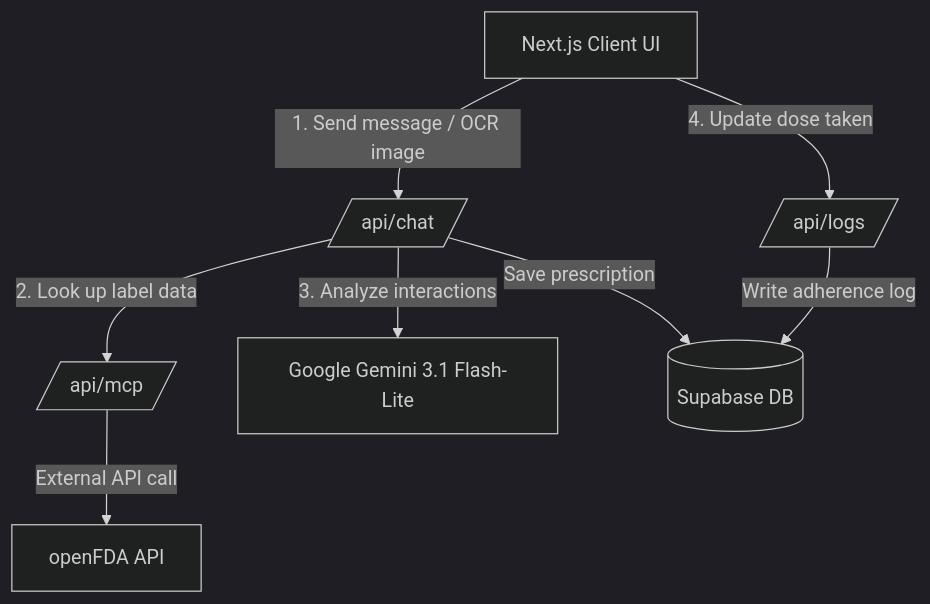
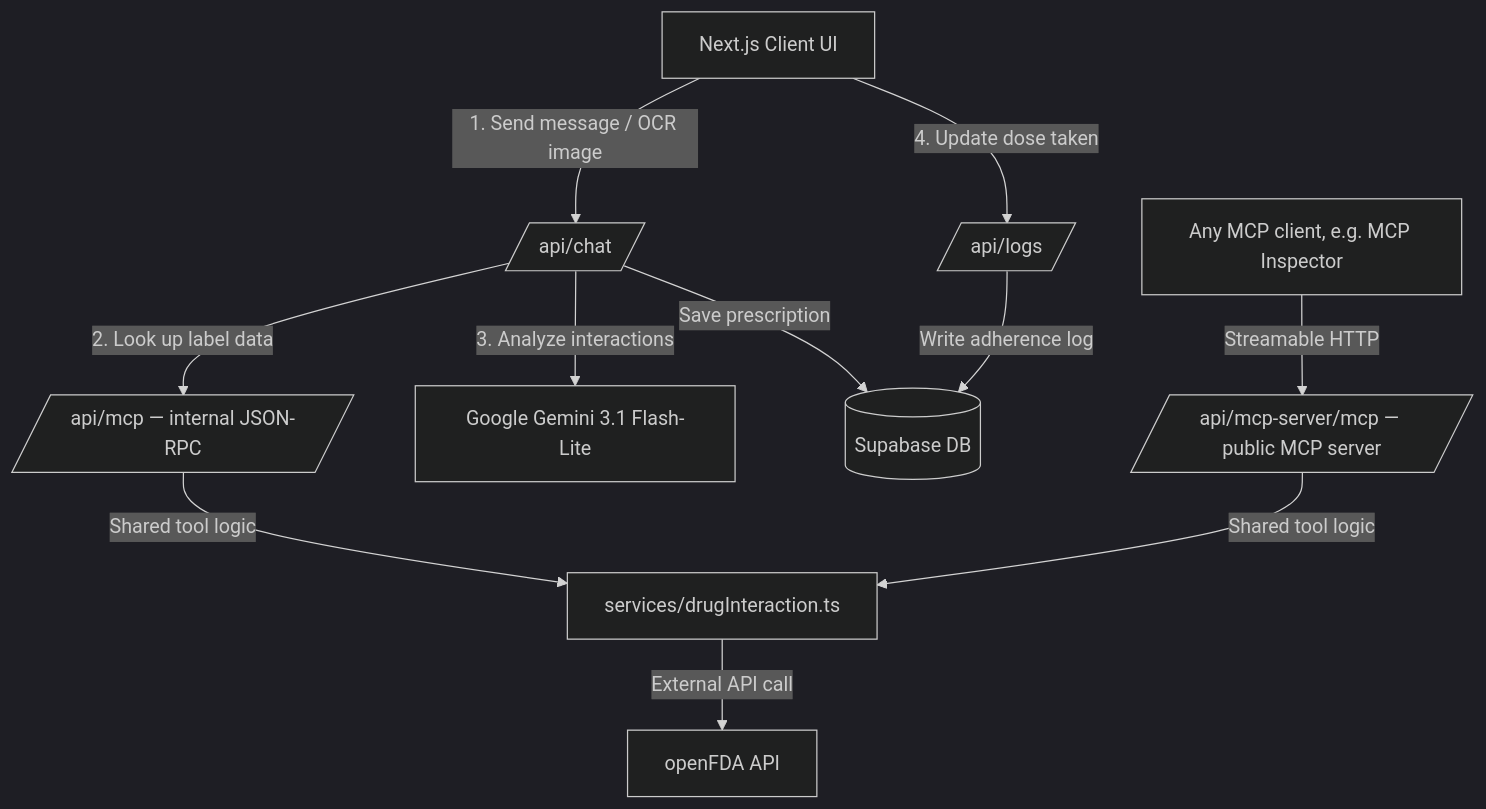
The first of 2 diagrams in architecture.md (lnkhanhtdtu/MediMate-AI), drawn with Mermaid (dark theme) before and after one commit. The commit also changed other lines of this file and 15 other files, not shown here.

First line of the commit message:
feat: spec-compliant MCP server, Gemini CLI agent skills, ERD + docs sync

````diff
--- a/architecture.md
+++ b/architecture.md
@@ -13,10 +13,13 @@
 ```mermaid
 graph TD
     Client[Next.js Client UI] -->|1. Send message / OCR image| ChatAPI[/api/chat/]
     Client -->|4. Update dose taken| LogsAPI[/api/logs/]
-    ChatAPI -->|2. Look up label data| MCP[/api/mcp/]
-    MCP -->|External API call| OpenFDA[openFDA API]
+    ChatAPI -->|2. Look up label data| MCP[/api/mcp — internal JSON-RPC/]
+    MCP -->|Shared tool logic| Svc[services/drugInteraction.ts]
+    MCPServer[/api/mcp-server/mcp — public MCP server/] -->|Shared tool logic| Svc
+    Svc -->|External API call| OpenFDA[openFDA API]
+    ExtClient[Any MCP client, e.g. MCP Inspector] -->|Streamable HTTP| MCPServer
     ChatAPI -->|3. Analyze interactions| Gemini[Google Gemini 3.1 Flash-Lite]
     ChatAPI -->|Save prescription| DB[(Supabase DB)]
     LogsAPI -->|Write adherence log| DB
 ```
````
